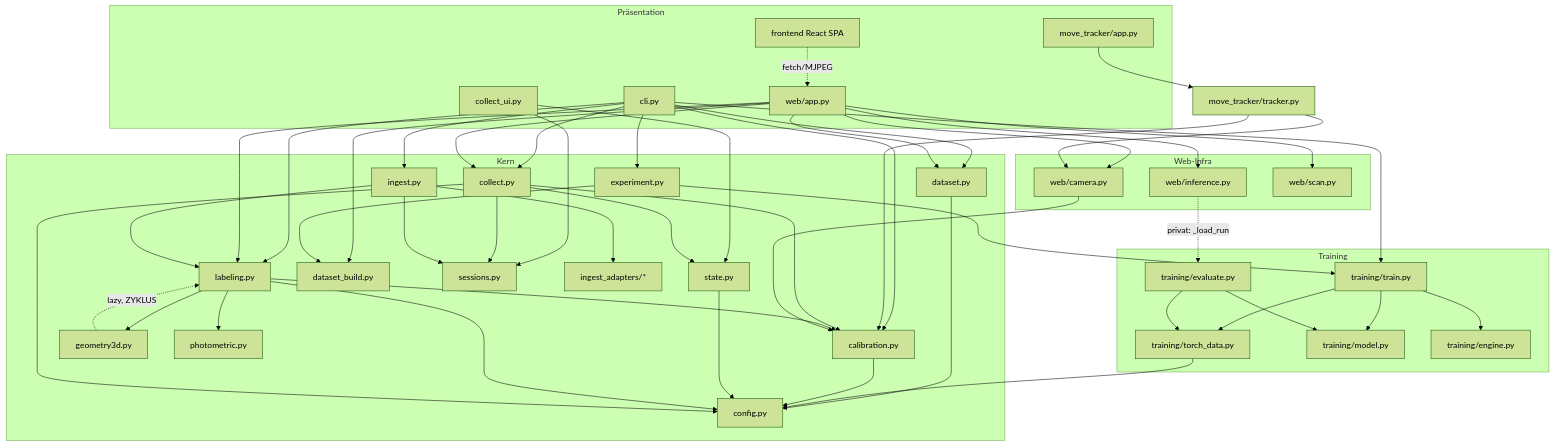
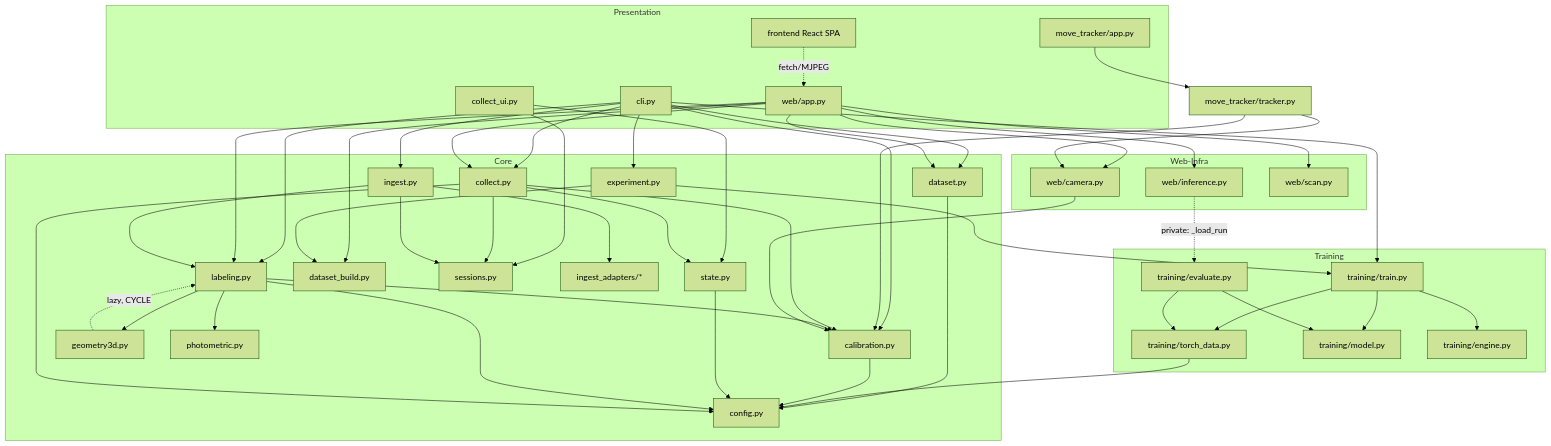
The diagram in docs/architecture-review/dependency-graph.md (Kloggzer/chess-vision), drawn with Mermaid (forest theme) before and after one commit. The commit also changed other lines of this file and 14 other files, not shown here.

Commit message:
docs: finish English translation of specs, architecture review and synth README

````diff
--- a/docs/architecture-review/dependency-graph.md
+++ b/docs/architecture-review/dependency-graph.md
@@ -5,68 +5,68 @@
 ```mermaid
 graph TD
-    subgraph Präsentation
+    subgraph Presentation
         CLI[cli.py]
         WEB[web/app.py]
         FE[frontend React SPA]
         MT[move_tracker/app.py]
         CUI[collect_ui.py]
     end
 
-    subgraph Kern
+    subgraph Core
         CFG[config.py]
         CAL[calibration.py]
         ST[state.py]
         COL[collect.py]
         LAB[labeling.py]
         G3D[geometry3d.py]
         PHO[photometric.py]
         DS[dataset.py]
         DSB[dataset_build.py]
         SES[sessions.py]
         ING[ingest.py]
         ADP[ingest_adapters/*]
         EXP[experiment.py]
     end
 
     subgraph Training
         TD[training/torch_data.py]
         TM[training/model.py]
         TT[training/train.py]
         TE[training/engine.py]
         TEV[training/evaluate.py]
     end
 
     subgraph Web-Infra
         CAM[web/camera.py]
         INF[web/inference.py]
         SCN[web/scan.py]
     end
 
     MTT[move_tracker/tracker.py]
 
     CLI --> CAL & COL & LAB & DS & TT & ING & EXP
     WEB --> CAM & INF & SCN & LAB & COL & DSB & DS
     FE -. fetch/MJPEG .-> WEB
     MT --> MTT
     MTT --> CAL
     MTT --> CAM
     CUI --> SES & ST
 
     COL --> CAL & ST & SES
     LAB --> CAL & G3D & PHO
-    G3D -. lazy, ZYKLUS .-> LAB
+    G3D -. lazy, CYCLE .-> LAB
     ING --> ADP & LAB & SES
     DS --> CFG
     EXP --> DSB & TT
 
     TT --> TD & TM & TE
     TEV --> TM & TD
-    INF -. privat: _load_run .-> TEV
+    INF -. private: _load_run .-> TEV
     TD --> CFG
 
     CAL --> CFG
     ST --> CFG
     LAB --> CFG
     COL --> CFG
     CAM --> CAL
 ```
````
